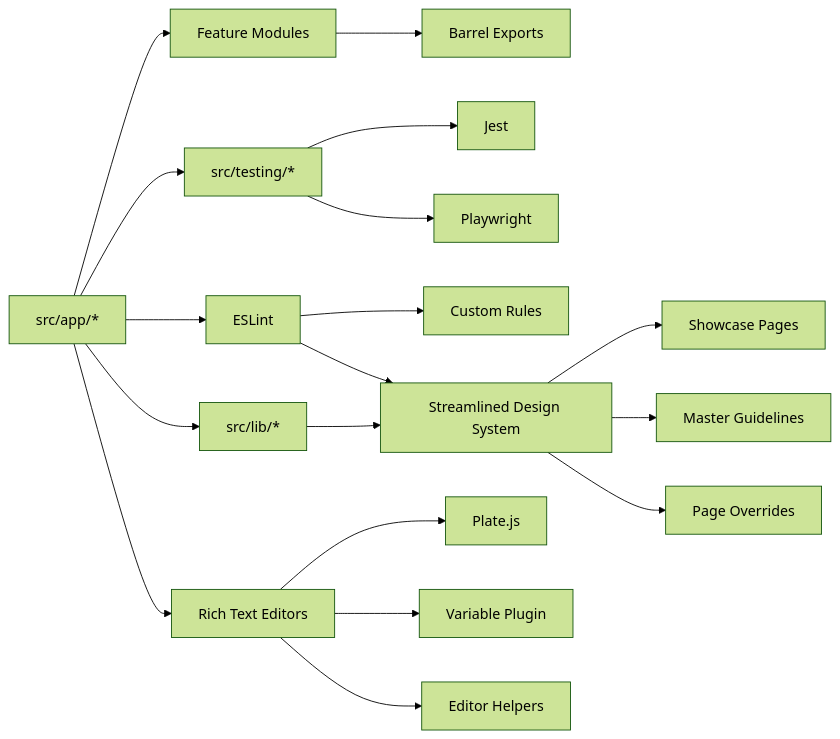
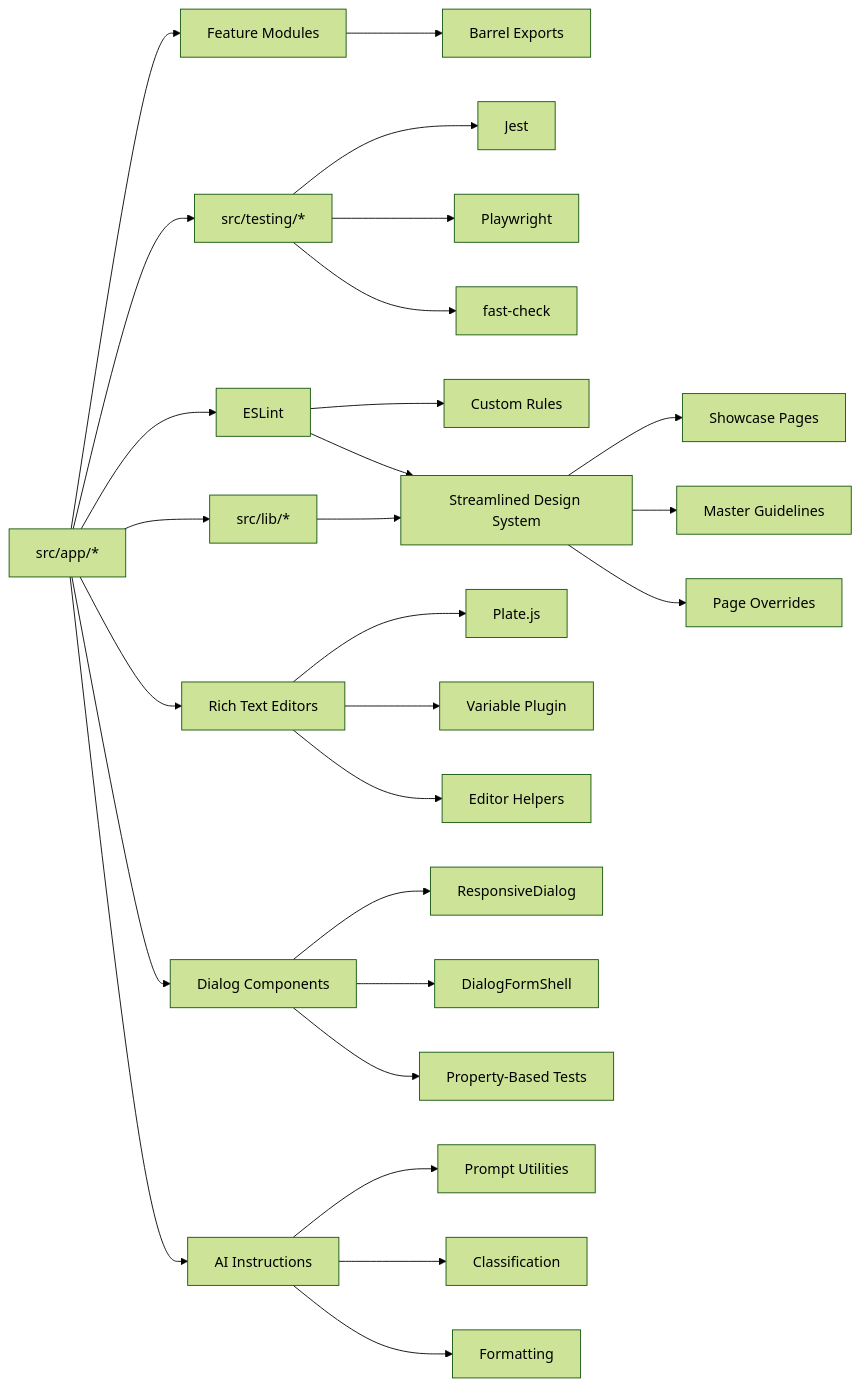
Before and after one commit to SinesysTech/zattar-os: diagram 17 of 17 in .qoder/repowiki/en/content/Development Guide/Development Guide.md, drawn with Mermaid (forest theme). The commit also changed other lines of this file and 11 other files, not shown here.

First line of the commit message:
refactor(dialogs): update dialog components to use DialogHeader and DialogFooter

````diff
--- a/.qoder/repowiki/en/content/Development Guide/Development Guide.md
+++ b/.qoder/repowiki/en/content/Development Guide/Development Guide.md
@@ -548,20 +932,29 @@
 ```mermaid
 graph LR
 App["src/app/*"] --> Features["Feature Modules"]
 Features --> Barrel["Barrel Exports"]
 App --> Lib["src/lib/*"]
 App --> Testing["src/testing/*"]
 Testing --> Jest["Jest"]
 Testing --> PW["Playwright"]
+Testing --> FC["fast-check"]
 App --> ESL["ESLint"]
 ESL --> Rules["Custom Rules"]
 ESL --> DS["Streamlined Design System"]
 DS --> Showcase["Showcase Pages"]
 Lib --> DS
 DS --> Master["Master Guidelines"]
 DS --> Pages["Page Overrides"]
 App --> Editors["Rich Text Editors"]
 Editors --> Plate["Plate.js"]
 Editors --> Variables["Variable Plugin"]
 Editors --> Helpers["Editor Helpers"]
+App --> Dialogs["Dialog Components"]
+Dialogs --> Responsive["ResponsiveDialog"]
+Dialogs --> FormShell["DialogFormShell"]
+Dialogs --> PBTests["Property-Based Tests"]
+App --> AI["AI Instructions"]
+AI --> PromptUtils["Prompt Utilities"]
+AI --> Classification["Classification"]
+AI --> Formatting["Formatting"]
 ```
````
